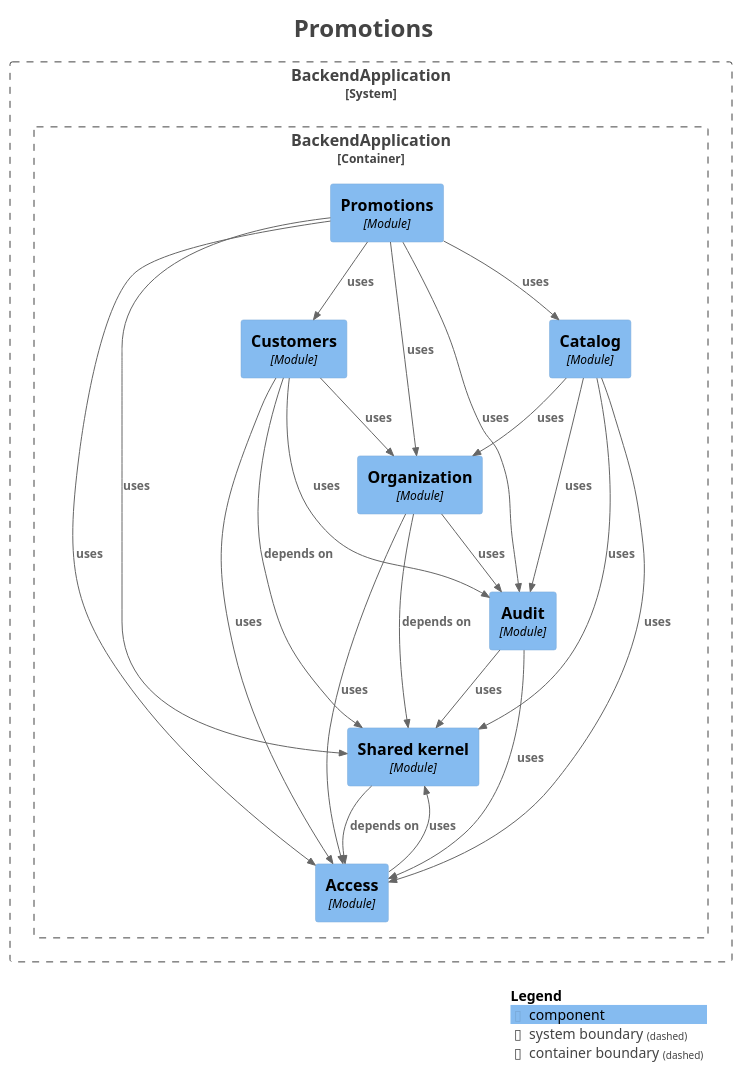
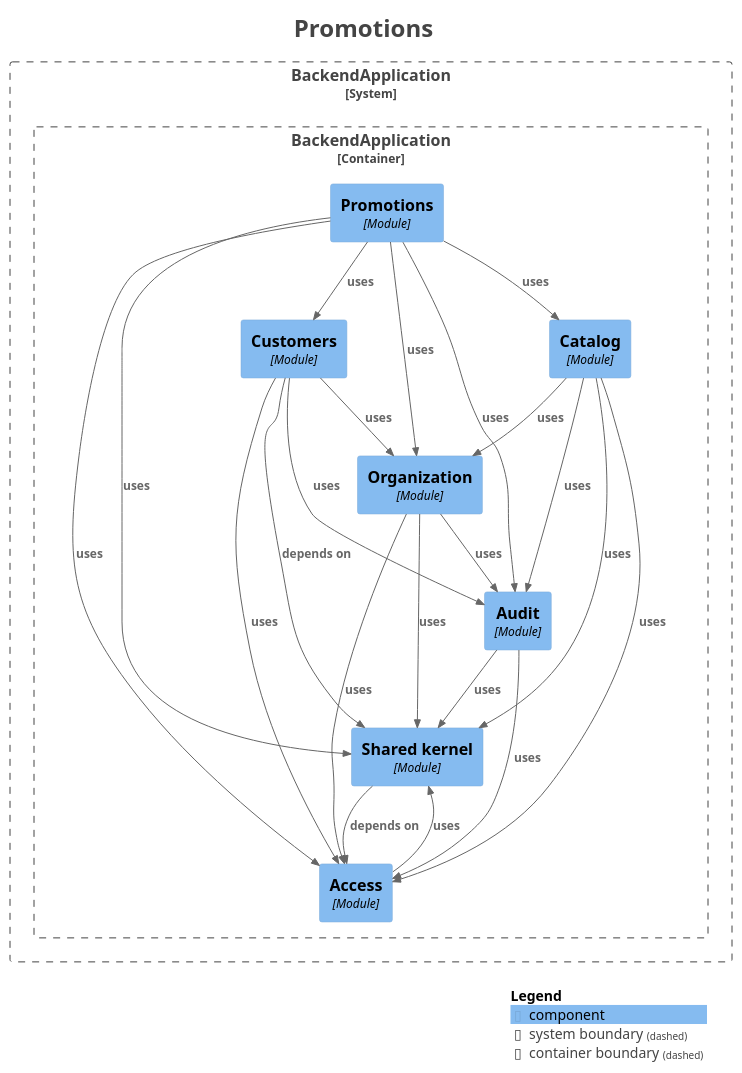
One commit to fxavier/restaurantePRO changed the diagram in docs/architecture/modules/module-promotions.puml. Above: the diagram before and after it, drawn with PlantUML. The commit also changed 34 other files, not shown here.

```diff
--- a/docs/architecture/modules/module-promotions.puml
+++ b/docs/architecture/modules/module-promotions.puml
@@ -1,55 +1,55 @@
 @startuml
 title <size:24>Promotions</size>
 
 set separator none
 top to bottom direction
 
 <style>
   root {
     BackgroundColor: #ffffff
     FontColor: #444444
   }
 </style>
 
 !include <C4/C4>
 !include <C4/C4_Context>
 !include <C4/C4_Component>
 
 System_Boundary("BackendApplication_boundary", "BackendApplication", $tags="") {
   Container_Boundary("BackendApplication.BackendApplication_boundary", "BackendApplication", $tags="") {
     Component(BackendApplication.BackendApplication.Organization, "Organization", $techn="Module", $descr="", $tags="", $link="")
     Component(BackendApplication.BackendApplication.Promotions, "Promotions", $techn="Module", $descr="", $tags="", $link="")
     Component(BackendApplication.BackendApplication.Sharedkernel, "Shared kernel", $techn="Module", $descr="", $tags="", $link="")
     Component(BackendApplication.BackendApplication.Access, "Access", $techn="Module", $descr="", $tags="", $link="")
     Component(BackendApplication.BackendApplication.Audit, "Audit", $techn="Module", $descr="", $tags="", $link="")
     Component(BackendApplication.BackendApplication.Catalog, "Catalog", $techn="Module", $descr="", $tags="", $link="")
     Component(BackendApplication.BackendApplication.Customers, "Customers", $techn="Module", $descr="", $tags="", $link="")
   }
 
 }
 
-Rel(BackendApplication.BackendApplication.Sharedkernel, BackendApplication.BackendApplication.Access, "depends on", $techn="", $tags="", $link="")
-Rel(BackendApplication.BackendApplication.Catalog, BackendApplication.BackendApplication.Access, "uses", $techn="", $tags="", $link="")
-Rel(BackendApplication.BackendApplication.Catalog, BackendApplication.BackendApplication.Sharedkernel, "uses", $techn="", $tags="", $link="")
-Rel(BackendApplication.BackendApplication.Catalog, BackendApplication.BackendApplication.Audit, "uses", $techn="", $tags="", $link="")
-Rel(BackendApplication.BackendApplication.Catalog, BackendApplication.BackendApplication.Organization, "uses", $techn="", $tags="", $link="")
+Rel(BackendApplication.BackendApplication.Audit, BackendApplication.BackendApplication.Access, "uses", $techn="", $tags="", $link="")
+Rel(BackendApplication.BackendApplication.Audit, BackendApplication.BackendApplication.Sharedkernel, "uses", $techn="", $tags="", $link="")
 Rel(BackendApplication.BackendApplication.Promotions, BackendApplication.BackendApplication.Organization, "uses", $techn="", $tags="", $link="")
 Rel(BackendApplication.BackendApplication.Promotions, BackendApplication.BackendApplication.Access, "uses", $techn="", $tags="", $link="")
 Rel(BackendApplication.BackendApplication.Promotions, BackendApplication.BackendApplication.Customers, "uses", $techn="", $tags="", $link="")
 Rel(BackendApplication.BackendApplication.Promotions, BackendApplication.BackendApplication.Audit, "uses", $techn="", $tags="", $link="")
 Rel(BackendApplication.BackendApplication.Promotions, BackendApplication.BackendApplication.Sharedkernel, "uses", $techn="", $tags="", $link="")
 Rel(BackendApplication.BackendApplication.Promotions, BackendApplication.BackendApplication.Catalog, "uses", $techn="", $tags="", $link="")
-Rel(BackendApplication.BackendApplication.Organization, BackendApplication.BackendApplication.Sharedkernel, "depends on", $techn="", $tags="", $link="")
-Rel(BackendApplication.BackendApplication.Organization, BackendApplication.BackendApplication.Audit, "uses", $techn="", $tags="", $link="")
-Rel(BackendApplication.BackendApplication.Organization, BackendApplication.BackendApplication.Access, "uses", $techn="", $tags="", $link="")
-Rel(BackendApplication.BackendApplication.Access, BackendApplication.BackendApplication.Sharedkernel, "uses", $techn="", $tags="", $link="")
 Rel(BackendApplication.BackendApplication.Customers, BackendApplication.BackendApplication.Sharedkernel, "depends on", $techn="", $tags="", $link="")
 Rel(BackendApplication.BackendApplication.Customers, BackendApplication.BackendApplication.Access, "uses", $techn="", $tags="", $link="")
 Rel(BackendApplication.BackendApplication.Customers, BackendApplication.BackendApplication.Organization, "uses", $techn="", $tags="", $link="")
 Rel(BackendApplication.BackendApplication.Customers, BackendApplication.BackendApplication.Audit, "uses", $techn="", $tags="", $link="")
-Rel(BackendApplication.BackendApplication.Audit, BackendApplication.BackendApplication.Access, "uses", $techn="", $tags="", $link="")
-Rel(BackendApplication.BackendApplication.Audit, BackendApplication.BackendApplication.Sharedkernel, "uses", $techn="", $tags="", $link="")
+Rel(BackendApplication.BackendApplication.Access, BackendApplication.BackendApplication.Sharedkernel, "uses", $techn="", $tags="", $link="")
+Rel(BackendApplication.BackendApplication.Sharedkernel, BackendApplication.BackendApplication.Access, "depends on", $techn="", $tags="", $link="")
+Rel(BackendApplication.BackendApplication.Catalog, BackendApplication.BackendApplication.Access, "uses", $techn="", $tags="", $link="")
+Rel(BackendApplication.BackendApplication.Catalog, BackendApplication.BackendApplication.Sharedkernel, "uses", $techn="", $tags="", $link="")
+Rel(BackendApplication.BackendApplication.Catalog, BackendApplication.BackendApplication.Audit, "uses", $techn="", $tags="", $link="")
+Rel(BackendApplication.BackendApplication.Catalog, BackendApplication.BackendApplication.Organization, "uses", $techn="", $tags="", $link="")
+Rel(BackendApplication.BackendApplication.Organization, BackendApplication.BackendApplication.Sharedkernel, "uses", $techn="", $tags="", $link="")
+Rel(BackendApplication.BackendApplication.Organization, BackendApplication.BackendApplication.Audit, "uses", $techn="", $tags="", $link="")
+Rel(BackendApplication.BackendApplication.Organization, BackendApplication.BackendApplication.Access, "uses", $techn="", $tags="", $link="")
 
 SHOW_LEGEND(true)
 hide stereotypes
 @enduml
```
